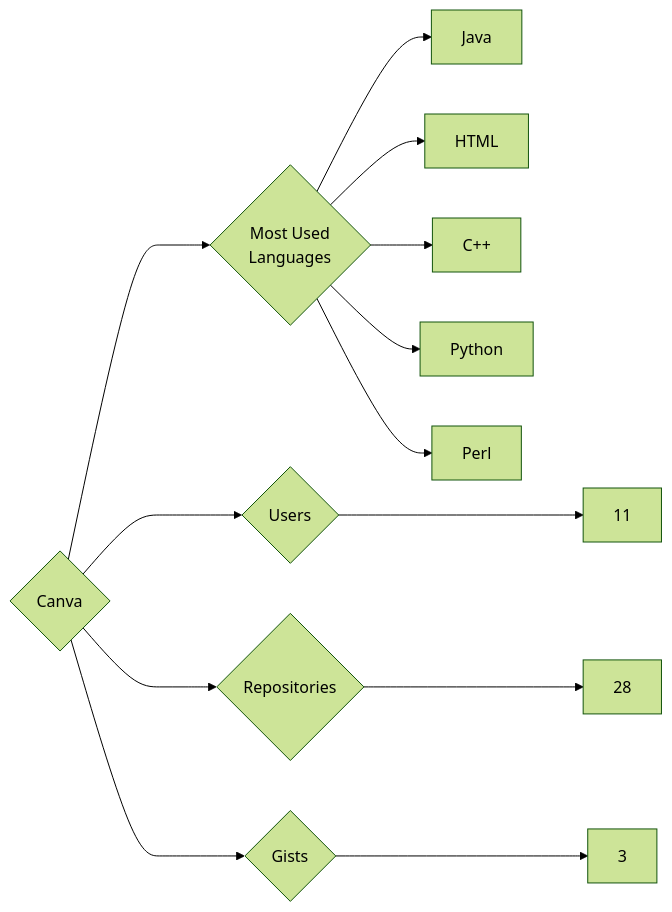
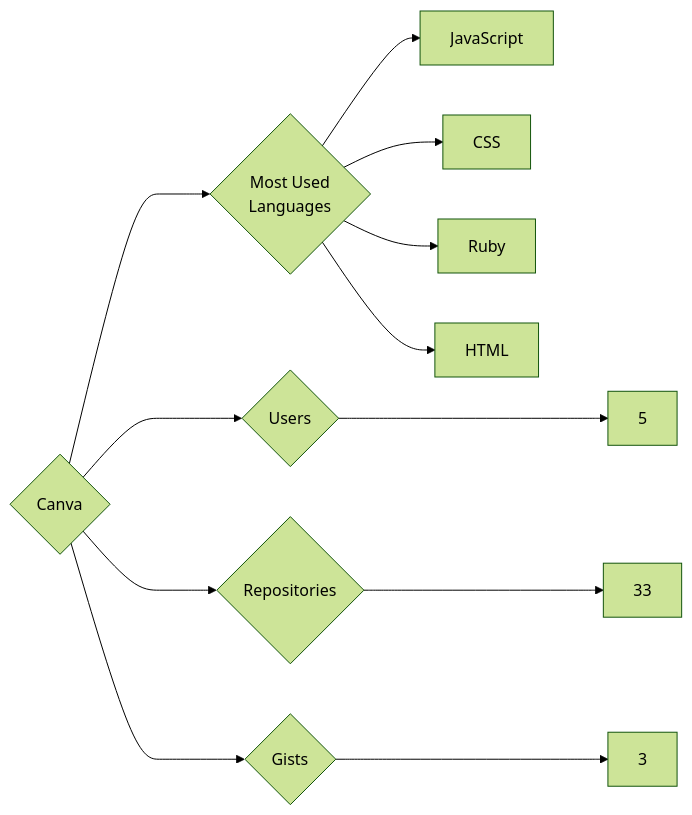
The diagram in targets/Canva/README.md (trickest/insiders), drawn with Mermaid (forest theme) before and after one commit. The commit also changed 1166 other files, not shown here.

````diff
--- a/targets/Canva/README.md
+++ b/targets/Canva/README.md
@@ -3,13 +3,12 @@
 ```mermaid
 graph LR
 COMPANY_NAME{Canva}
-COMPANY_NAME ---> U{Users} ---> UN[11]
-COMPANY_NAME ---> R{Repositories} ---> RN[28]
+COMPANY_NAME ---> U{Users} ---> UN[5]
+COMPANY_NAME ---> R{Repositories} ---> RN[33]
 COMPANY_NAME ---> G{Gists} ---> GN[3]
 COMPANY_NAME ---> ML{Most Used<br>Languages}
-ML --> Java[Java]
+ML --> JavaScript[JavaScript]
+ML --> CSS[CSS]
+ML --> Ruby[Ruby]
 ML --> HTML[HTML]
-ML --> C++[C++]
-ML --> Python[Python]
-ML --> Perl[Perl]
 ```
````
